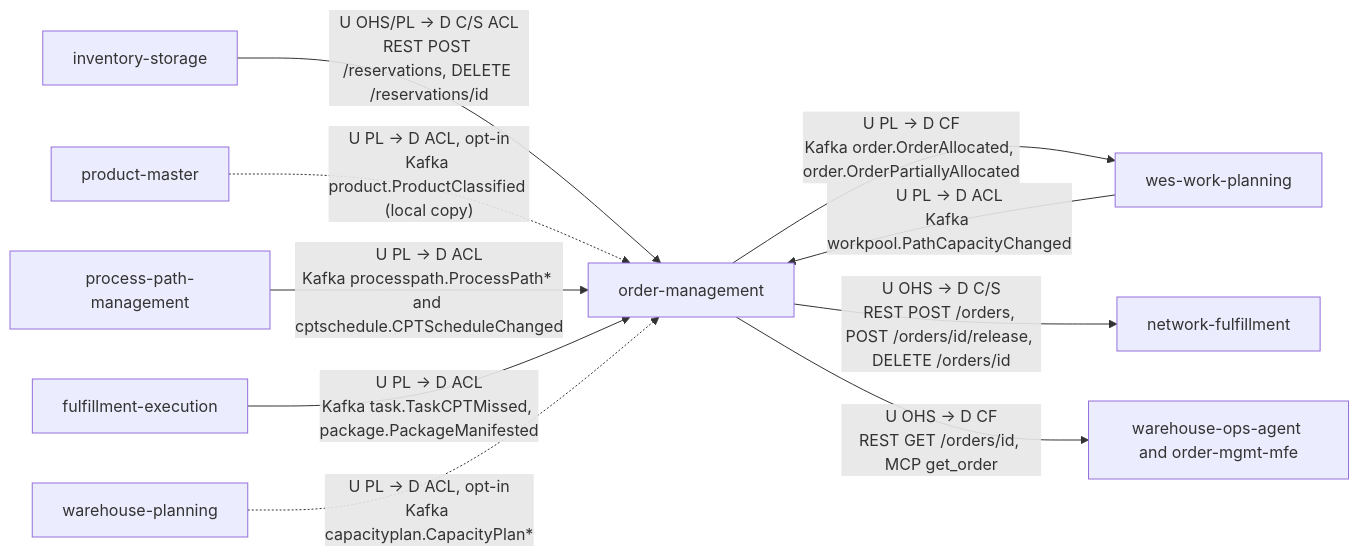
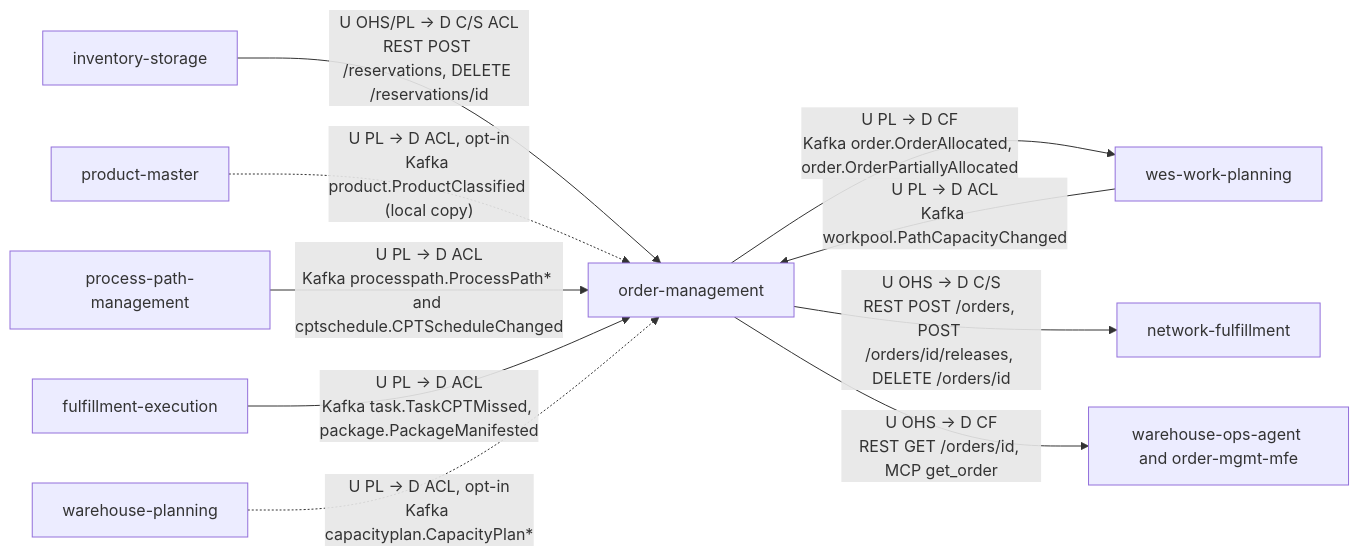
The second of 2 diagrams in docs/contexts/order-management/context-map.md (IQVO/warehouse-docs), drawn with Mermaid before and after one commit. The commit also changed other lines of this file and 272 other files, not shown here.

````diff
--- a/docs/contexts/order-management/context-map.md
+++ b/docs/contexts/order-management/context-map.md
@@ -81,22 +81,22 @@
 ```mermaid
 flowchart LR
   INV["inventory-storage"]
   PM["product-master"]
   PPM["process-path-management"]
   WP["wes-work-planning"]
   FE["fulfillment-execution"]
   WPL["warehouse-planning"]
   OM["order-management"]
   NF["network-fulfillment"]
   CON["warehouse-ops-agent and order-mgmt-mfe"]
 
   INV -->|"U OHS/PL -> D C/S ACL<br/>REST POST /reservations, DELETE /reservations/id"| OM
   PM -.->|"U PL -> D ACL, opt-in<br/>Kafka product.ProductClassified (local copy)"| OM
   PPM -->|"U PL -> D ACL<br/>Kafka processpath.ProcessPath* and cptschedule.CPTScheduleChanged"| OM
   WP -->|"U PL -> D ACL<br/>Kafka workpool.PathCapacityChanged"| OM
   FE -->|"U PL -> D ACL<br/>Kafka task.TaskCPTMissed, package.PackageManifested"| OM
   WPL -.->|"U PL -> D ACL, opt-in<br/>Kafka capacityplan.CapacityPlan*"| OM
   OM -->|"U PL -> D CF<br/>Kafka order.OrderAllocated, order.OrderPartiallyAllocated"| WP
-  OM -->|"U OHS -> D C/S<br/>REST POST /orders, POST /orders/id/release, DELETE /orders/id"| NF
+  OM -->|"U OHS -> D C/S<br/>REST POST /orders, POST /orders/id/releases, DELETE /orders/id"| NF
   OM -->|"U OHS -> D CF<br/>REST GET /orders/id, MCP get_order"| CON
 ```
````
